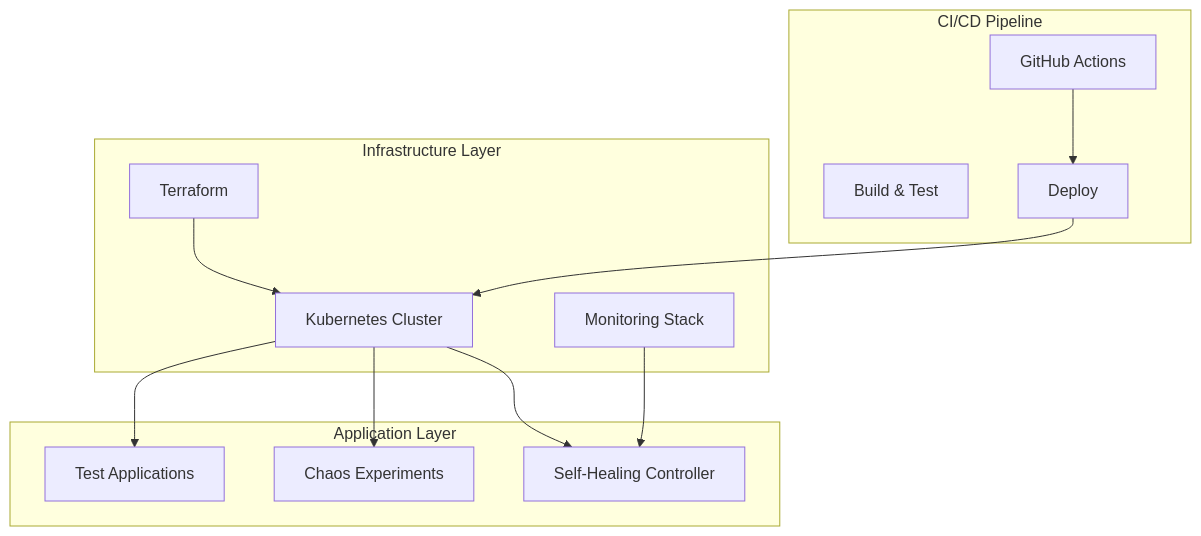
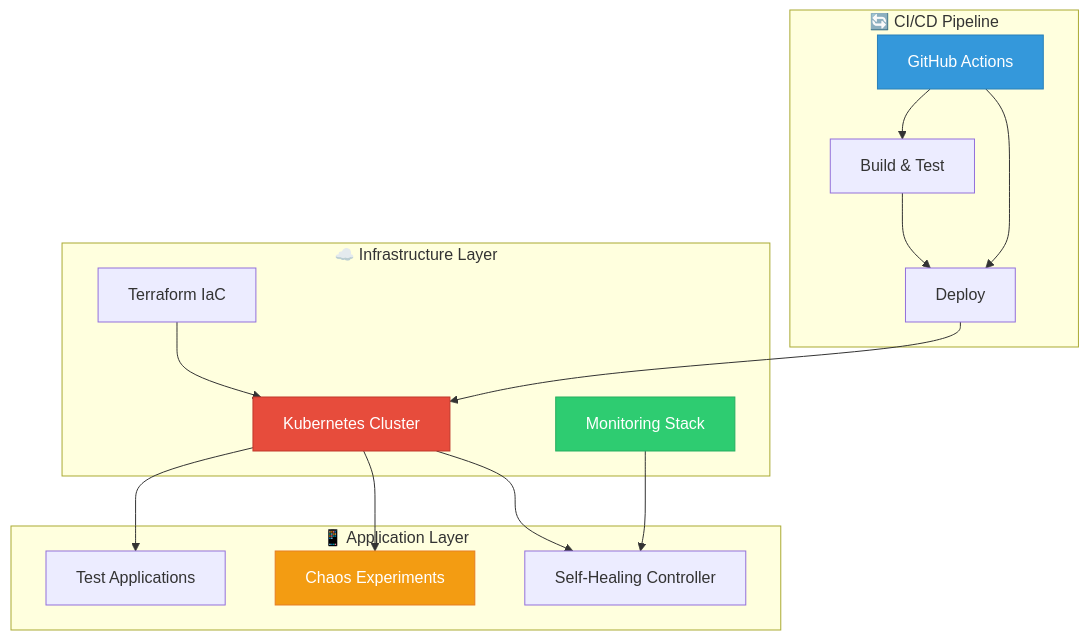
One commit to justrunme/self-healing-infrastructure-chaos-engineering changed the diagram in docs/index.md. Above: the diagram before and after it, drawn with Mermaid. The commit also changed other lines of this file and 1 other file, not shown here.

````diff
--- a/docs/index.md
+++ b/docs/index.md
@@ -69,28 +145,32 @@
 ```mermaid
 graph TB
-    subgraph "Infrastructure Layer"
-        TF[Terraform]
+    subgraph "🔄 CI/CD Pipeline"
+        GH[GitHub Actions] --> BUILD[Build & Test]
+        BUILD --> DEPLOY[Deploy]
+    end
+    
+    subgraph "☁️ Infrastructure Layer"
+        TF[Terraform IaC]
         K8S[Kubernetes Cluster]
         MON[Monitoring Stack]
     end
     
-    subgraph "Application Layer"
+    subgraph "📱 Application Layer"
         APP[Test Applications]
         CHAOS[Chaos Experiments]
         HEAL[Self-Healing Controller]
-    end
-    
-    subgraph "CI/CD Pipeline"
-        GH[GitHub Actions]
-        BUILD[Build & Test]
-        DEPLOY[Deploy]
     end
     
     TF --> K8S
     K8S --> APP
     K8S --> CHAOS
     K8S --> HEAL
     MON --> HEAL
     GH --> DEPLOY
     DEPLOY --> K8S
+    
+    style GH fill:#3498db,stroke:#2980b9,color:#fff
+    style K8S fill:#e74c3c,stroke:#c0392b,color:#fff
+    style MON fill:#2ecc71,stroke:#27ae60,color:#fff
+    style CHAOS fill:#f39c12,stroke:#e67e22,color:#fff
 ```
````
